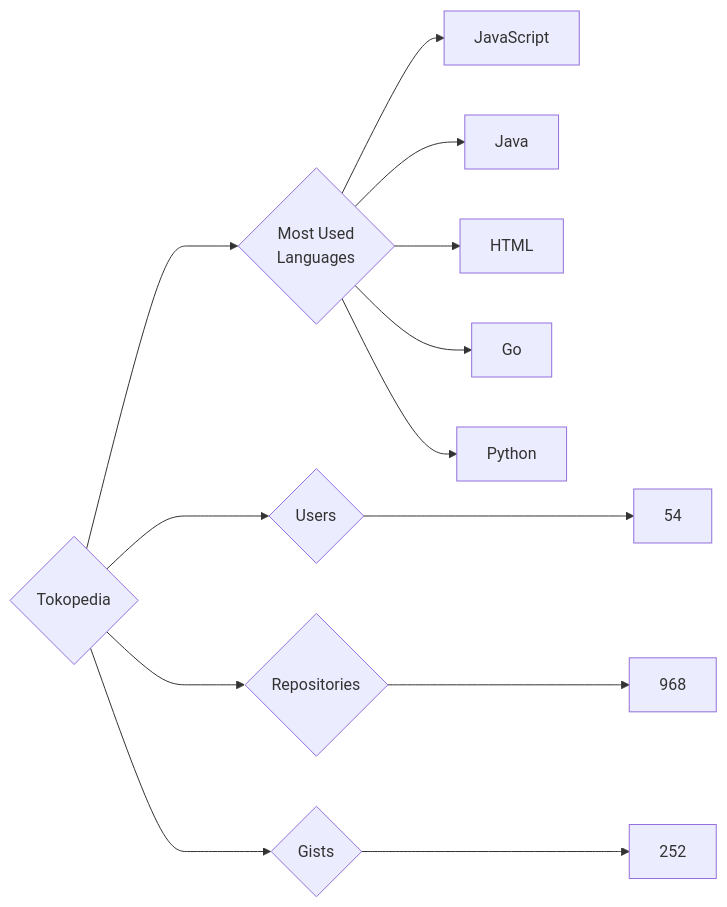
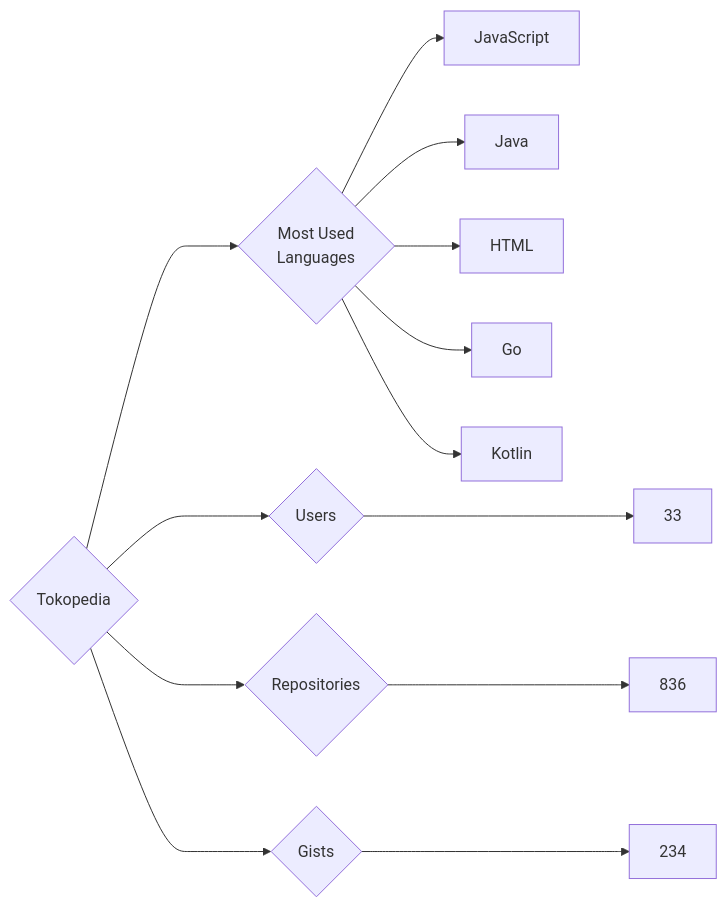
One commit to trickest/insiders changed the diagram in targets/Tokopedia/README.md. Above: the diagram before and after it, drawn with Mermaid. The commit also changed 815 other files, not shown here.

````diff
--- a/targets/Tokopedia/README.md
+++ b/targets/Tokopedia/README.md
@@ -3,13 +3,13 @@
 ```mermaid
 graph LR
 COMPANY_NAME{Tokopedia}
-COMPANY_NAME ---> U{Users} ---> UN[54]
-COMPANY_NAME ---> R{Repositories} ---> RN[968]
-COMPANY_NAME ---> G{Gists} ---> GN[252]
+COMPANY_NAME ---> U{Users} ---> UN[33]
+COMPANY_NAME ---> R{Repositories} ---> RN[836]
+COMPANY_NAME ---> G{Gists} ---> GN[234]
 COMPANY_NAME ---> ML{Most Used<br>Languages}
 ML --> JavaScript[JavaScript]
 ML --> Java[Java]
 ML --> HTML[HTML]
 ML --> Go[Go]
-ML --> Python[Python]
+ML --> Kotlin[Kotlin]
 ```
````
